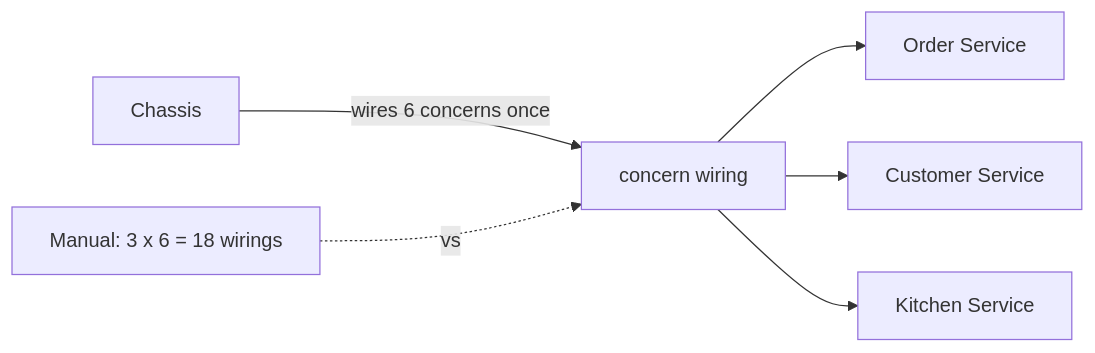
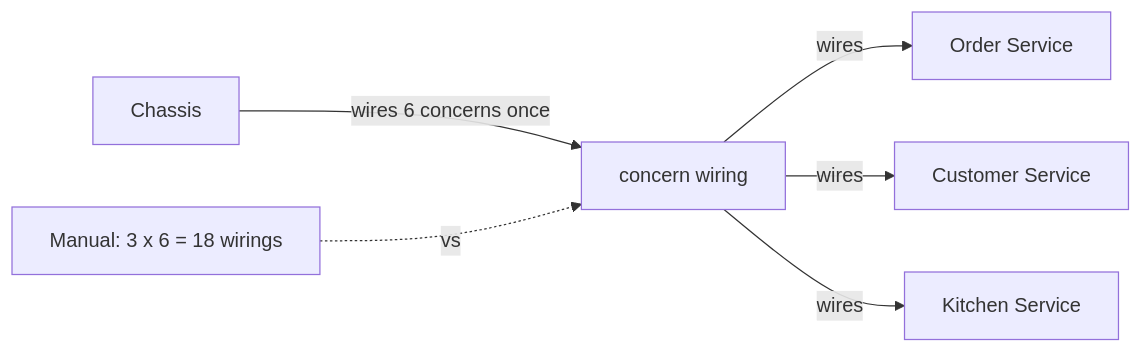
The ninth of 13 diagrams in docs/ch30-microservice-chassis.md (vinayakuber/microservices-io-study-guide), drawn with Mermaid before and after one commit. The commit also changed other lines of this file and 71 other files, not shown here.

First line of the commit message:
R18: label every diagram arrow with its meaning

````diff
--- a/docs/ch30-microservice-chassis.md
+++ b/docs/ch30-microservice-chassis.md
@@ -297,8 +297,8 @@
 ```mermaid
 flowchart LR
   C["Chassis"] -->|"wires 6 concerns once"| W["concern wiring"]
-  W --> O["Order Service"]
-  W --> U["Customer Service"]
-  W --> K["Kitchen Service"]
+  W -->|"wires"| O["Order Service"]
+  W -->|"wires"| U["Customer Service"]
+  W -->|"wires"| K["Kitchen Service"]
   M["Manual: 3 x 6 = 18 wirings"] -.->|"vs"| W
 ```
````
